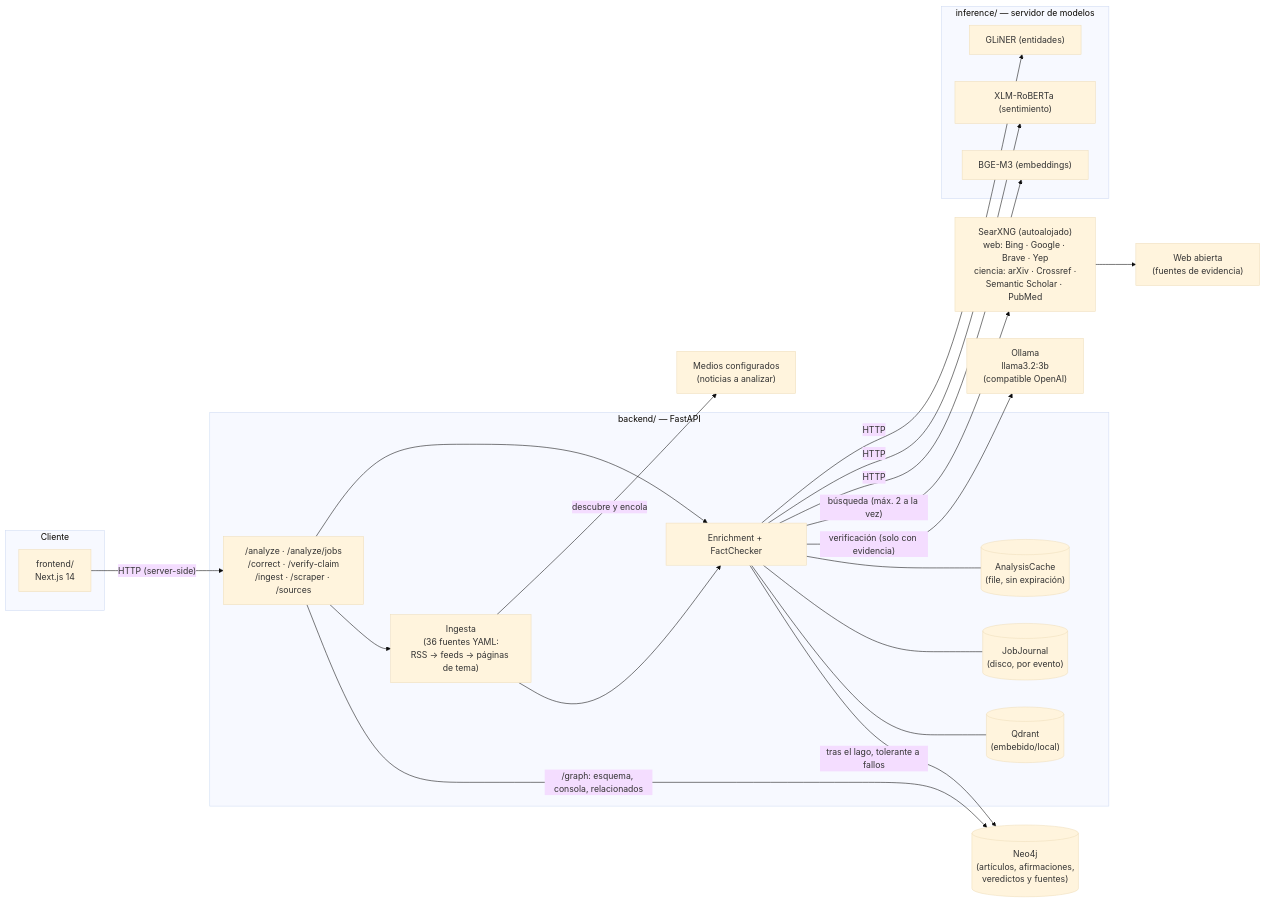
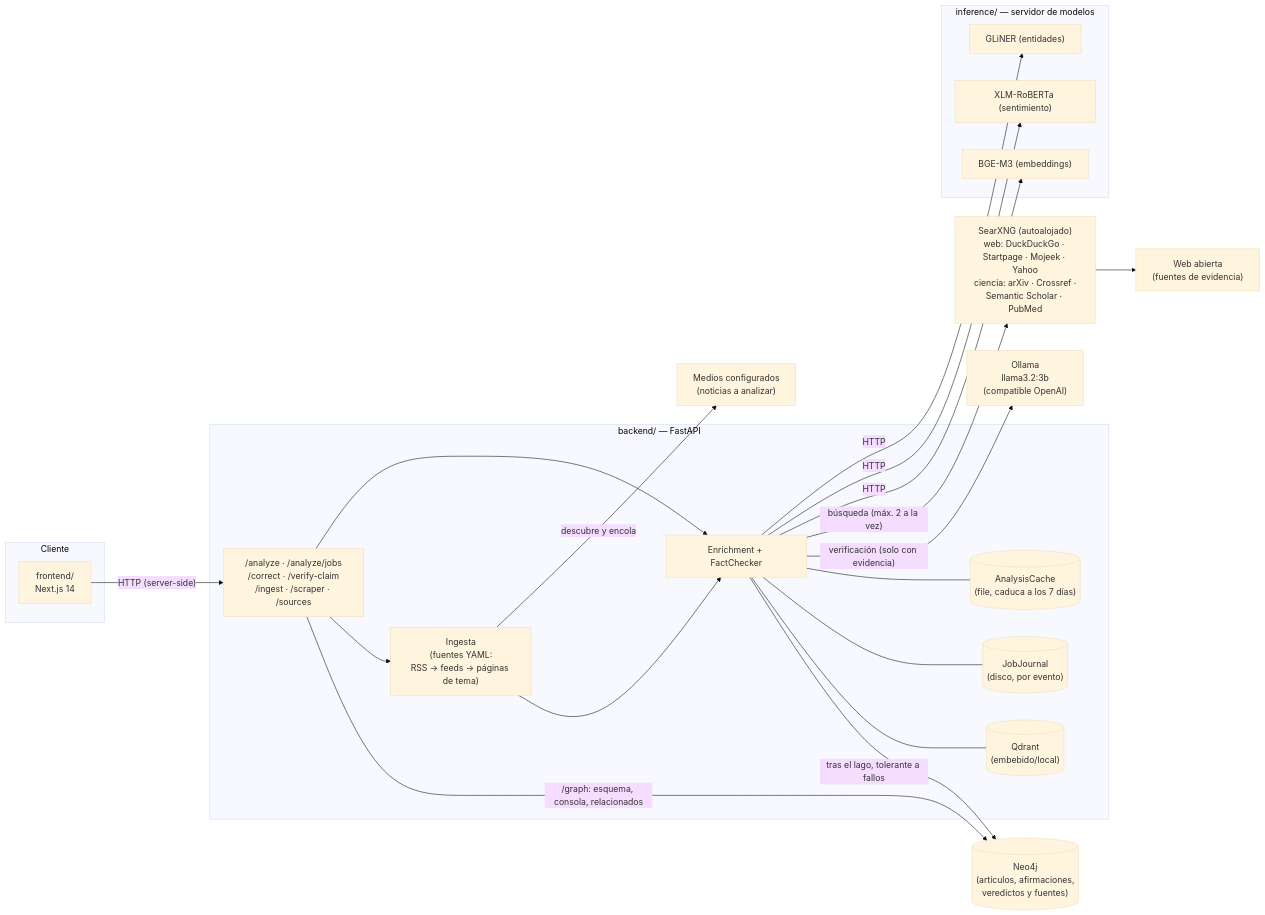
One commit to aespinoza-napp/inspiring-news changed the first of 2 diagrams in docs/arquitectura-tecnica.md. Above: the diagram before and after it, drawn with Mermaid (base theme). The commit also changed other lines of this file and 5 other files, not shown here.

First line of the commit message:
Docs: the thesis defence brief, the 3 Nov audit, architecture and summary updated

````diff
--- a/docs/arquitectura-tecnica.md
+++ b/docs/arquitectura-tecnica.md
@@ -45,44 +45,44 @@
 ```mermaid
 flowchart LR
     subgraph client["Cliente"]
         FE["frontend/\nNext.js 14"]
     end
 
     subgraph api["backend/ — FastAPI"]
         API["/analyze · /analyze/jobs\n/correct · /verify-claim\n/ingest · /scraper · /sources"]
-        ING["Ingesta\n(36 fuentes YAML:\nRSS → feeds → páginas de tema)"]
+        ING["Ingesta\n(fuentes YAML:\nRSS → feeds → páginas de tema)"]
         PIPE["Enrichment + FactChecker"]
-        CACHE[("AnalysisCache\n(file, sin expiración)")]
+        CACHE[("AnalysisCache\n(file, caduca a los 7 días)")]
         JOURNAL[("JobJournal\n(disco, por evento)")]
         VDB[("Qdrant\n(embebido/local)")]
     end
 
     subgraph inf["inference/ — servidor de modelos"]
         GLINER["GLiNER (entidades)"]
         SENT["XLM-RoBERTa (sentimiento)"]
         EMB["BGE-M3 (embeddings)"]
     end
 
-    SEARX["SearXNG (autoalojado)\nweb: Bing · Google · Brave · Yep\nciencia: arXiv · Crossref ·\nSemantic Scholar · PubMed"]
+    SEARX["SearXNG (autoalojado)\nweb: DuckDuckGo · Startpage · Mojeek · Yahoo\nciencia: arXiv · Crossref ·\nSemantic Scholar · PubMed"]
     WEB["Web abierta\n(fuentes de evidencia)"]
     NEWS["Medios configurados\n(noticias a analizar)"]
     LLM["Ollama\nllama3.2:3b\n(compatible OpenAI)"]
     NEO[("Neo4j\n(artículos, afirmaciones,\nveredictos y fuentes)")]
 
     FE -- "HTTP (server-side)" --> API
     API --> PIPE
     API --> ING
     ING -- "descubre y encola" --> NEWS
     ING --> PIPE
     PIPE -- "HTTP" --> GLINER
     PIPE -- "HTTP" --> SENT
     PIPE -- "HTTP" --> EMB
     PIPE -- "búsqueda (máx. 2 a la vez)" --> SEARX
     SEARX --> WEB
     PIPE -- "verificación (solo con evidencia)" --> LLM
     PIPE --- CACHE
     PIPE --- JOURNAL
     PIPE --- VDB
     PIPE -- "tras el lago, tolerante a fallos" --> NEO
     API -- "/graph: esquema, consola, relacionados" --> NEO
 ```
````
